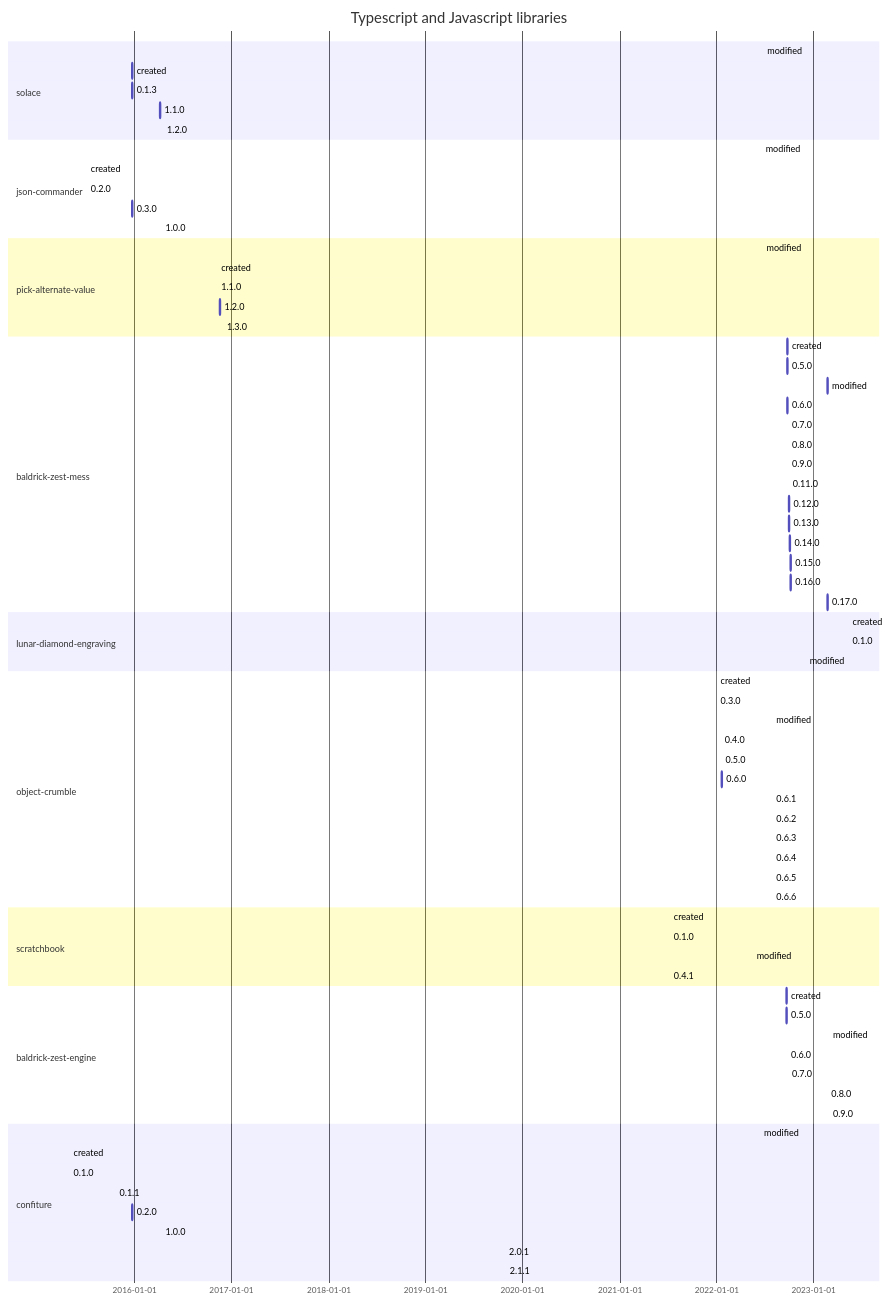
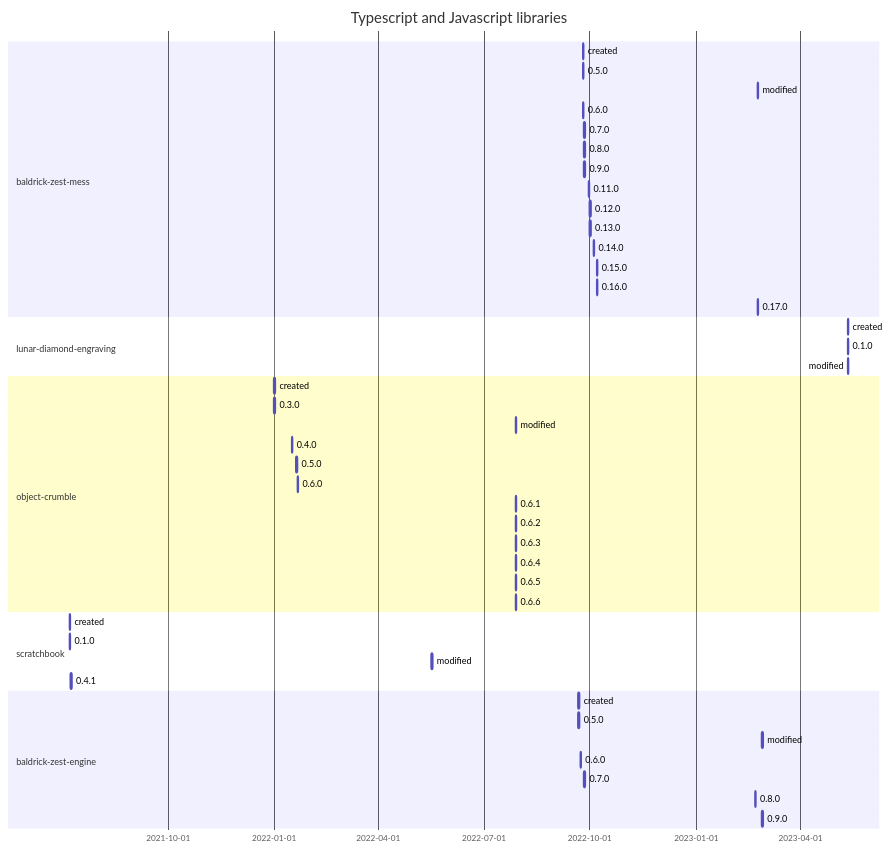
The first of 4 diagrams in SOFTWARE-TIMELINE.md (flarebyte/overview), drawn with Mermaid before and after one commit. The commit also changed other lines of this file and 1 other file, not shown here.

````diff
--- a/SOFTWARE-TIMELINE.md
+++ b/SOFTWARE-TIMELINE.md
@@ -7,30 +9,6 @@
 gantt
     title Typescript and Javascript libraries
     dateFormat  YYYY-MM-DD
-
-    section solace
-    modified:, 2022-06-26, 1d
-    created:, 2015-12-25, 1d
-    0.1.3:, 2015-12-25, 1d
-    1.1.0:, 2016-04-08, 1d
-    1.2.0:, 2016-04-18, 1d
-
-
-    section json-commander
-    modified:, 2022-06-19, 1d
-    created:, 2015-07-07, 1d
-    0.2.0:, 2015-07-07, 1d
-    0.3.0:, 2015-12-25, 1d
-    1.0.0:, 2016-04-13, 1d
-
-
-    section pick-alternate-value
-    modified:, 2022-06-23, 1d
-    created:, 2016-11-07, 1d
-    1.1.0:, 2016-11-07, 1d
-    1.2.0:, 2016-11-19, 1d
-    1.3.0:, 2016-11-30, 1d
-
 
     section baldrick-zest-mess
     created:, 2022-09-25, 1d
@@ -86,15 +64,4 @@
     0.8.0:, 2023-02-21, 1d
     0.9.0:, 2023-02-27, 1d
 
-
-    section confiture
-    modified:, 2022-06-13, 1d
-    created:, 2015-05-03, 1d
-    0.1.0:, 2015-05-03, 1d
-    0.1.1:, 2015-10-23, 1d
-    0.2.0:, 2015-12-25, 1d
-    1.0.0:, 2016-04-12, 1d
-    2.0.1:, 2019-10-28, 1d
-    2.1.1:, 2019-10-31, 1d
-
 ```
````
